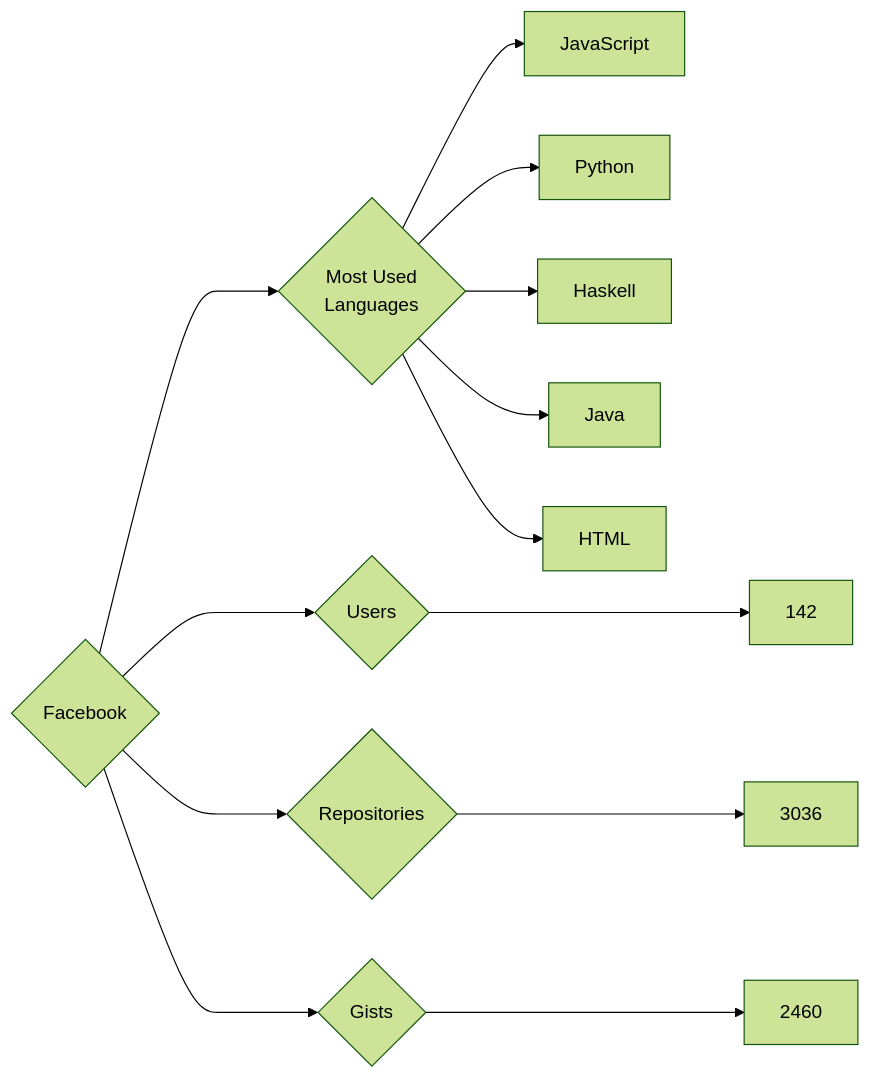
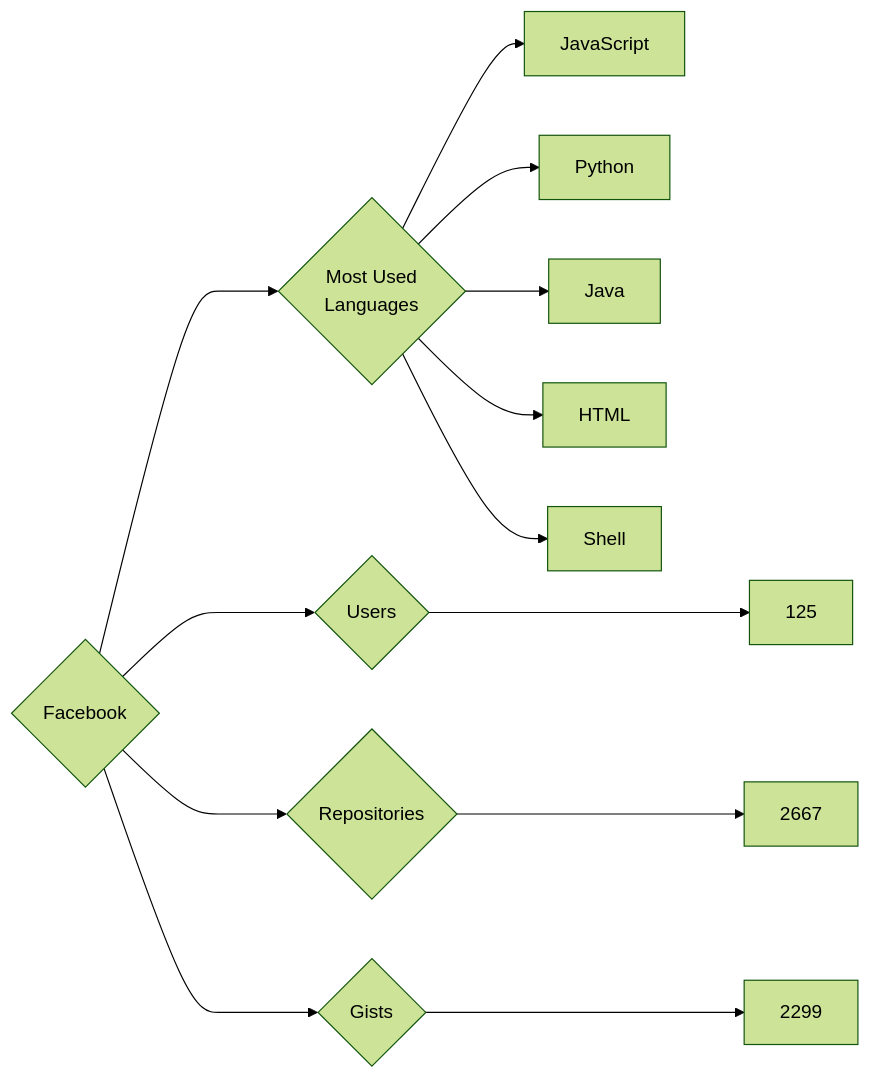
Before and after one commit to trickest/insiders: the diagram in targets/Facebook/README.md, drawn with Mermaid (forest theme). The commit also changed 782 other files, not shown here.

````diff
--- a/targets/Facebook/README.md
+++ b/targets/Facebook/README.md
@@ -3,13 +3,13 @@
 ```mermaid
 graph LR
 COMPANY_NAME{Facebook}
-COMPANY_NAME ---> U{Users} ---> UN[142]
-COMPANY_NAME ---> R{Repositories} ---> RN[3036]
-COMPANY_NAME ---> G{Gists} ---> GN[2460]
+COMPANY_NAME ---> U{Users} ---> UN[125]
+COMPANY_NAME ---> R{Repositories} ---> RN[2667]
+COMPANY_NAME ---> G{Gists} ---> GN[2299]
 COMPANY_NAME ---> ML{Most Used<br>Languages}
 ML --> JavaScript[JavaScript]
 ML --> Python[Python]
-ML --> Haskell[Haskell]
 ML --> Java[Java]
 ML --> HTML[HTML]
+ML --> Shell[Shell]
 ```
````
